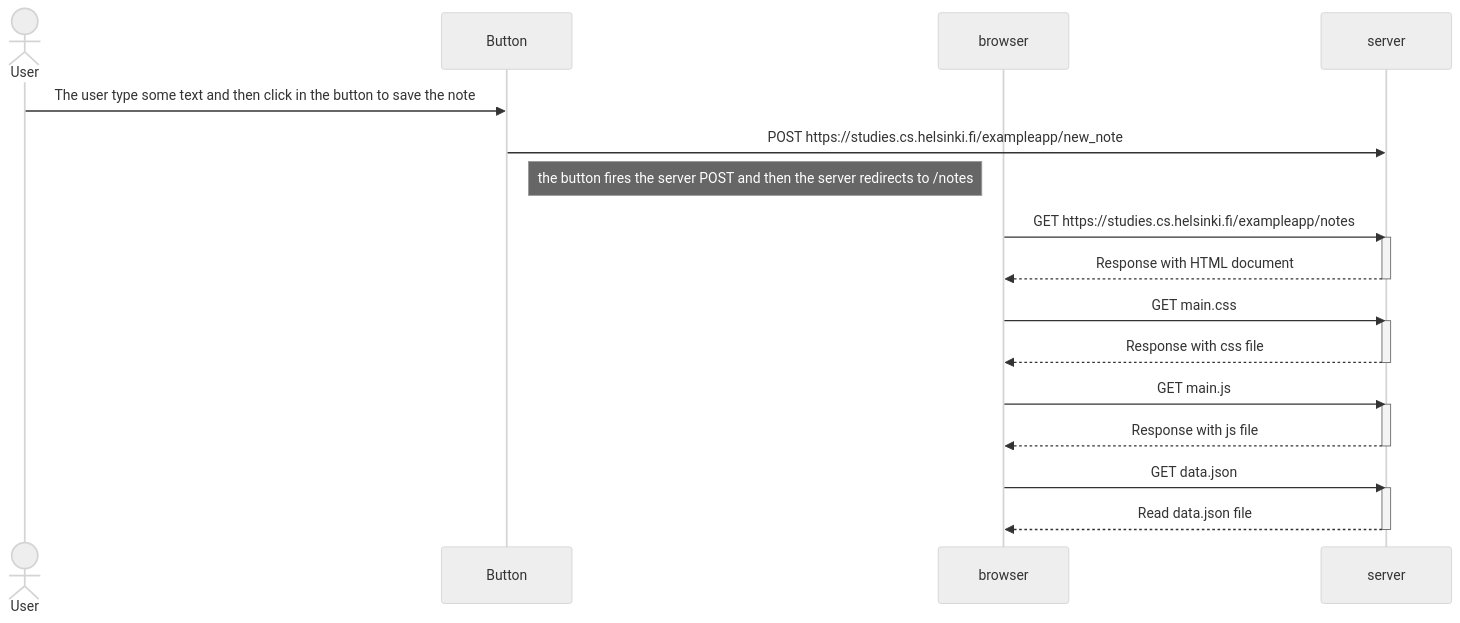
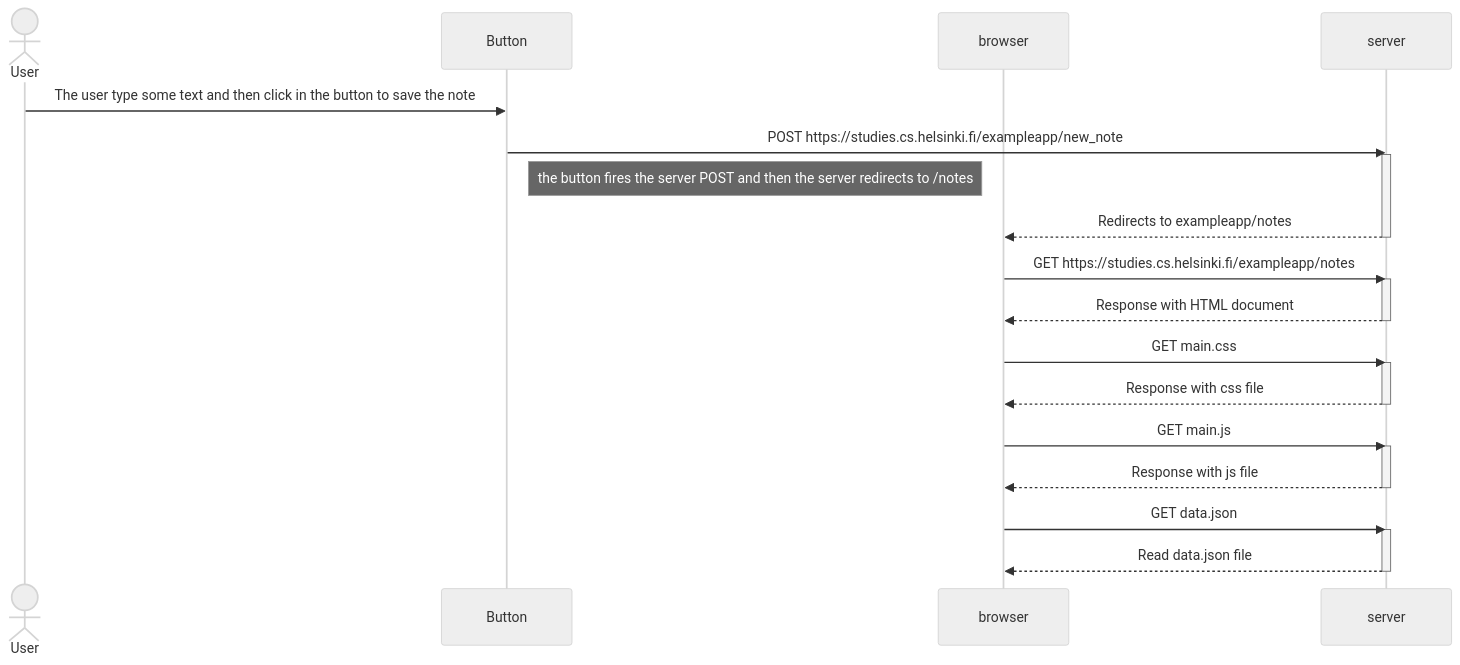
The diagram in part0/0.4.md (LucasMontecino/fullstackopen), drawn with Mermaid (neutral theme) before and after one commit.

Commit message:
Fix sequence diagram to include server activation and deactivation during note saving process

````diff
--- a/part0/0.4.md
+++ b/part0/0.4.md
@@ -1,35 +1,38 @@
 ```mermaid
     sequenceDiagram
     actor User
     participant Button
     participant browser
     participant server
 
     User->>Button: The user type some text and then click in the button to save the note
 
     Button->>server: POST https://studies.cs.helsinki.fi/exampleapp/new_note
+    activate server
     Note right of Button: the button fires the server POST and then the server redirects to /notes
+    server-->>browser: Redirects to exampleapp/notes
+    deactivate server
 
     browser->>server: GET https://studies.cs.helsinki.fi/exampleapp/notes
     activate server
     server-->>browser: Response with HTML document
     deactivate server
 
     browser->>server: GET main.css
     activate server
     server-->>browser: Response with css file
     deactivate server
 
     browser->>server: GET main.js
     activate server
     server-->>browser: Response with js file
     deactivate server
 
     browser->>server: GET data.json
     activate server
     server-->>browser: Read data.json file
     deactivate server
 
 
 
 ```
````
